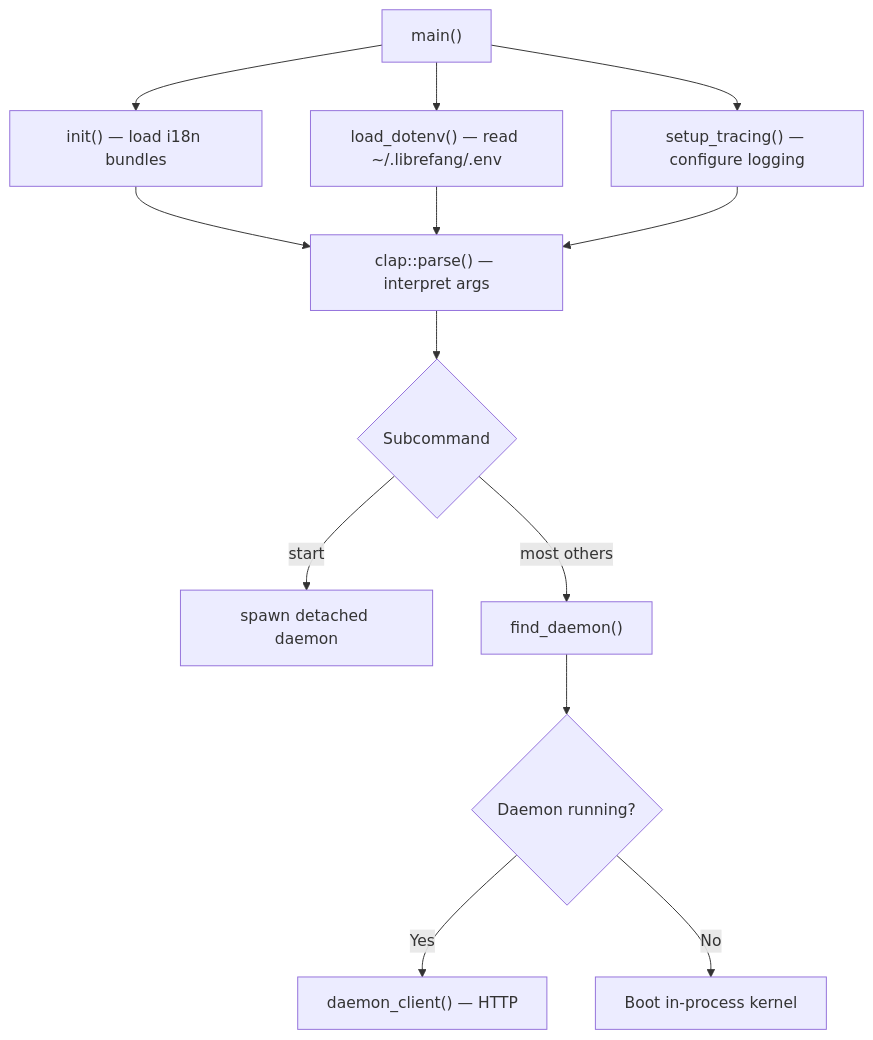
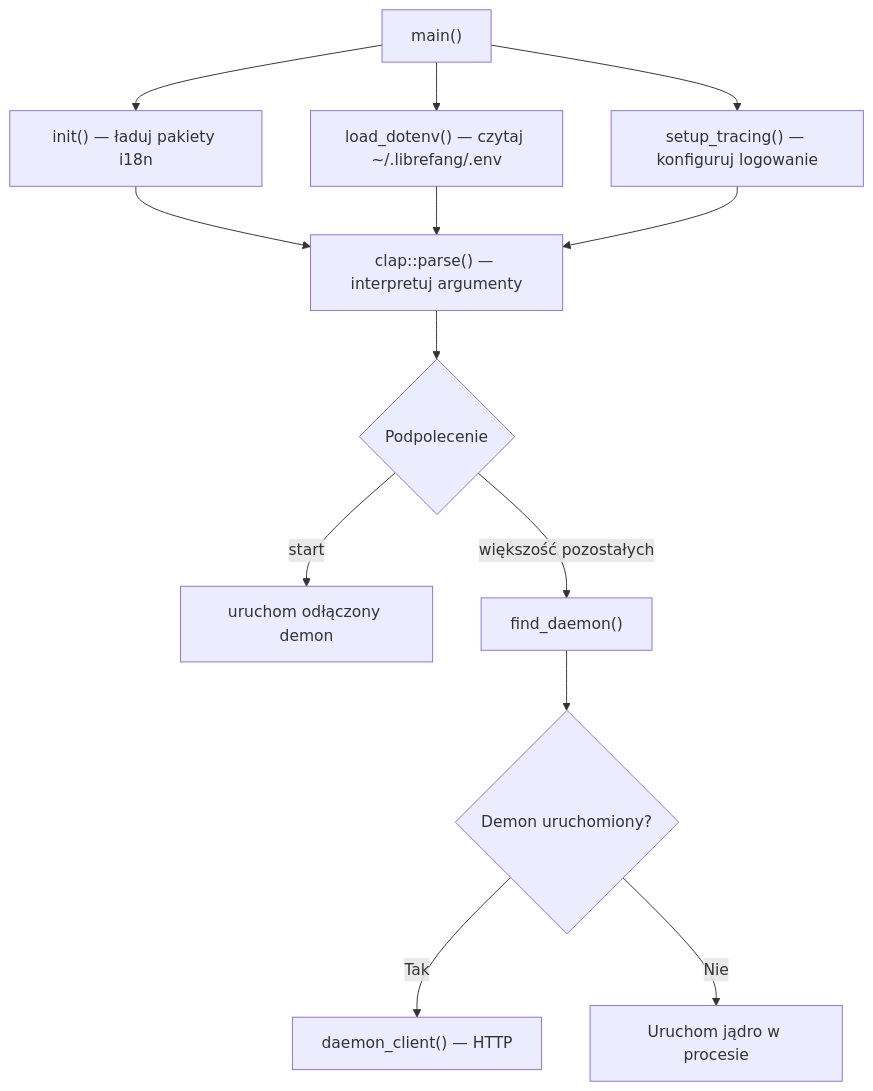
The second of 4 diagrams in crates-librefang-cli.md (leszek3737/librefang-WIki), drawn with Mermaid before and after one commit. The commit also changed other lines of this file and 104 other files, not shown here.

````diff
--- a/crates-librefang-cli.md
+++ b/crates-librefang-cli.md
@@ -80,15 +80,15 @@
 ```mermaid
 flowchart TD
-    A["main()"] --> B["init() — load i18n bundles"]
-    A --> C["load_dotenv() — read ~/.librefang/.env"]
-    A --> D["setup_tracing() — configure logging"]
-    B --> E["clap::parse() — interpret args"]
+    A["main()"] --> B["init() — ładuj pakiety i18n"]
+    A --> C["load_dotenv() — czytaj ~/.librefang/.env"]
+    A --> D["setup_tracing() — konfiguruj logowanie"]
+    B --> E["clap::parse() — interpretuj argumenty"]
     C --> E
     D --> E
-    E --> F{Subcommand}
-    F -->|start| G["spawn detached daemon"]
-    F -->|most others| H["find_daemon()"]
-    H --> I{Daemon running?}
-    I -->|Yes| J["daemon_client() — HTTP"]
-    I -->|No| K["Boot in-process kernel"]
+    E --> F{Podpolecenie}
+    F -->|start| G["uruchom odłączony demon"]
+    F -->|większość pozostałych| H["find_daemon()"]
+    H --> I{Demon uruchomiony?}
+    I -->|Tak| J["daemon_client() — HTTP"]
+    I -->|Nie| K["Uruchom jądro w procesie"]
 ```
````
